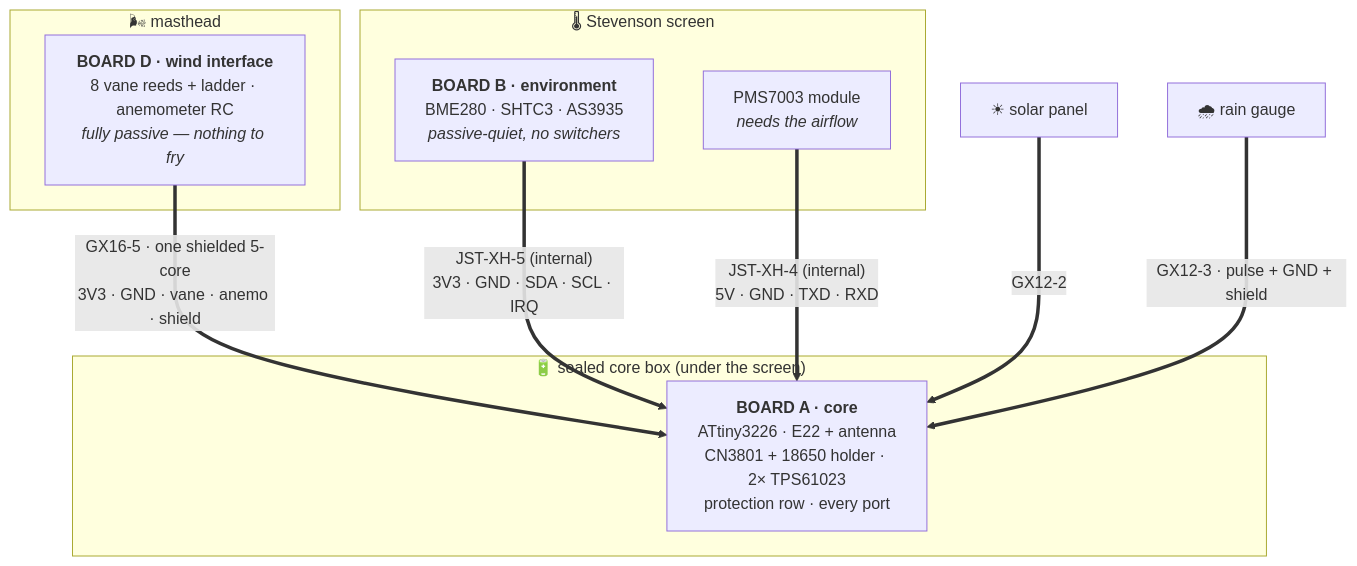
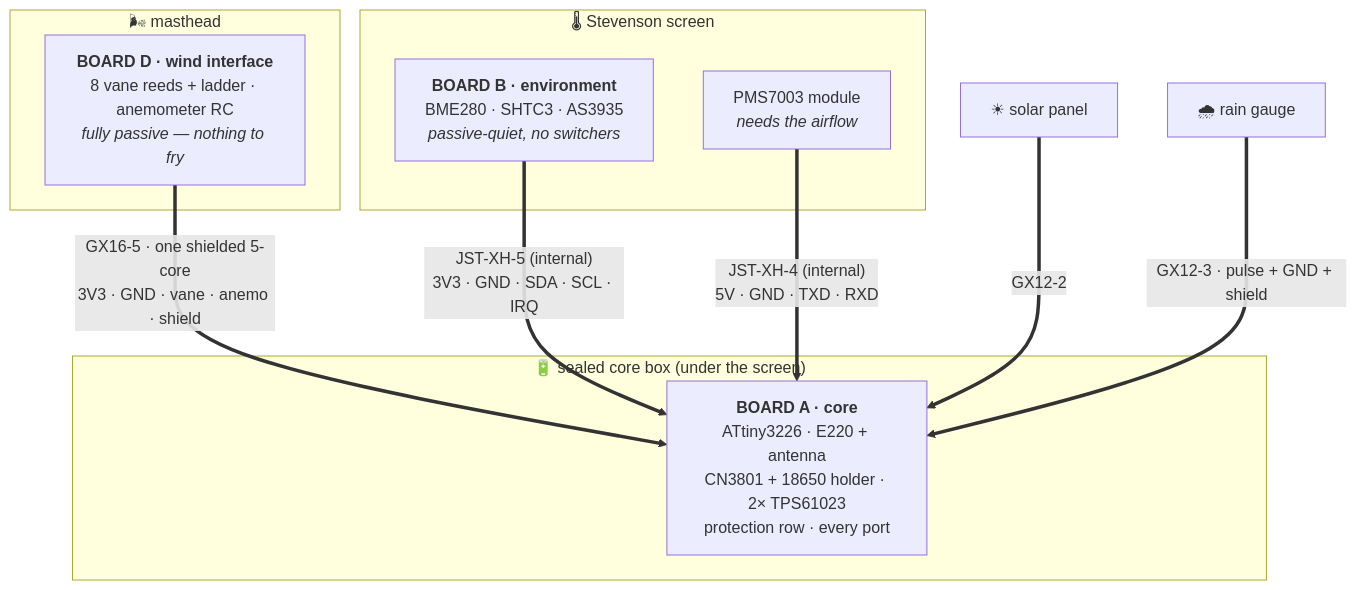
Before and after one commit to m-anish/forsyth: the second of 2 diagrams in hardware/architecture.md, drawn with Mermaid. The commit also changed other lines of this file and 3 other files, not shown here.

````diff
--- a/hardware/architecture.md
+++ b/hardware/architecture.md
@@ -335,18 +344,18 @@
 ```mermaid
 flowchart TB
     subgraph MAST["🌬 masthead"]
         D["<b>BOARD D · wind interface</b><br/>8 vane reeds + ladder · anemometer RC<br/><i>fully passive — nothing to fry</i>"]
     end
     subgraph SCREEN["🌡 Stevenson screen"]
         B["<b>BOARD B · environment</b><br/>BME280 · SHTC3 · AS3935<br/><i>passive-quiet, no switchers</i>"]
         P["PMS7003 module<br/><i>needs the airflow</i>"]
     end
     subgraph BOX["🔋 sealed core box (under the screen)"]
-        A["<b>BOARD A · core</b><br/>ATtiny3226 · E22 + antenna<br/>CN3801 + 18650 holder · 2× TPS61023<br/>protection row · every port"]
+        A["<b>BOARD A · core</b><br/>ATtiny3226 · E220 + antenna<br/>CN3801 + 18650 holder · 2× TPS61023<br/>protection row · every port"]
     end
     D ==>|"GX16-5 · one shielded 5-core<br/>3V3 · GND · vane · anemo · shield"| A
     B ==>|"JST-XH-5 (internal)<br/>3V3 · GND · SDA · SCL · IRQ"| A
     P ==>|"JST-XH-4 (internal)<br/>5V · GND · TXD · RXD"| A
     S["☀ solar panel"] ==>|"GX12-2"| A
     R["🌧 rain gauge"] ==>|"GX12-3 · pulse + GND + shield"| A
 ```
````
